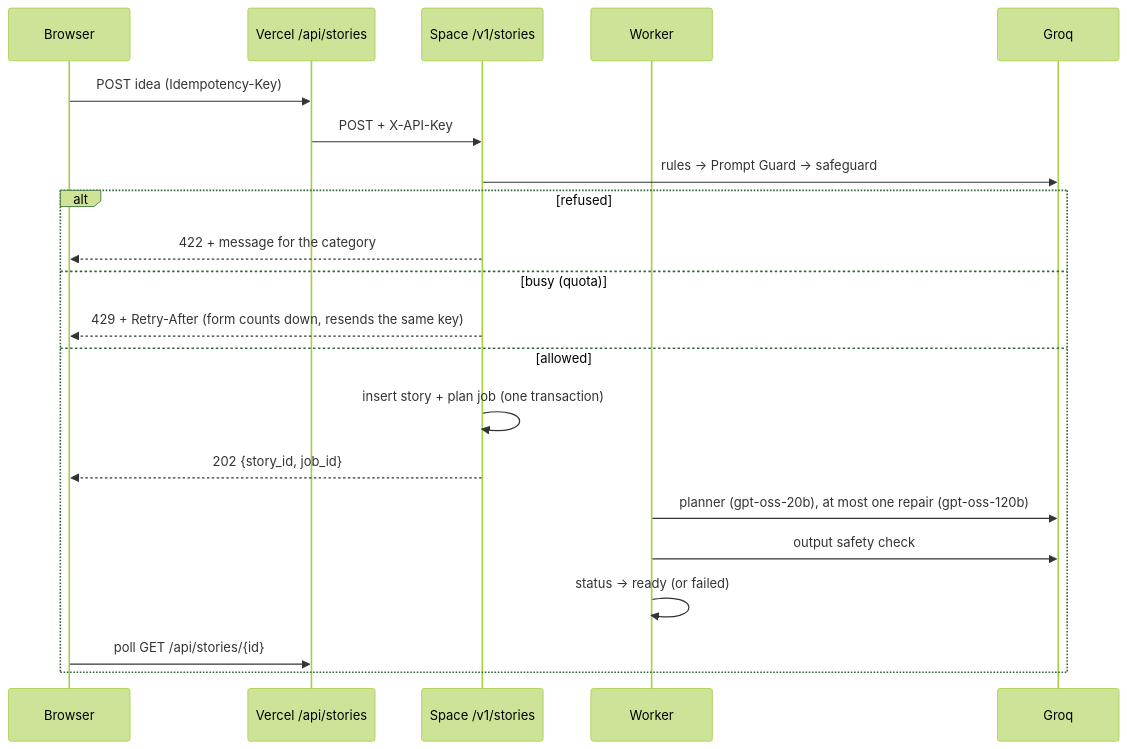
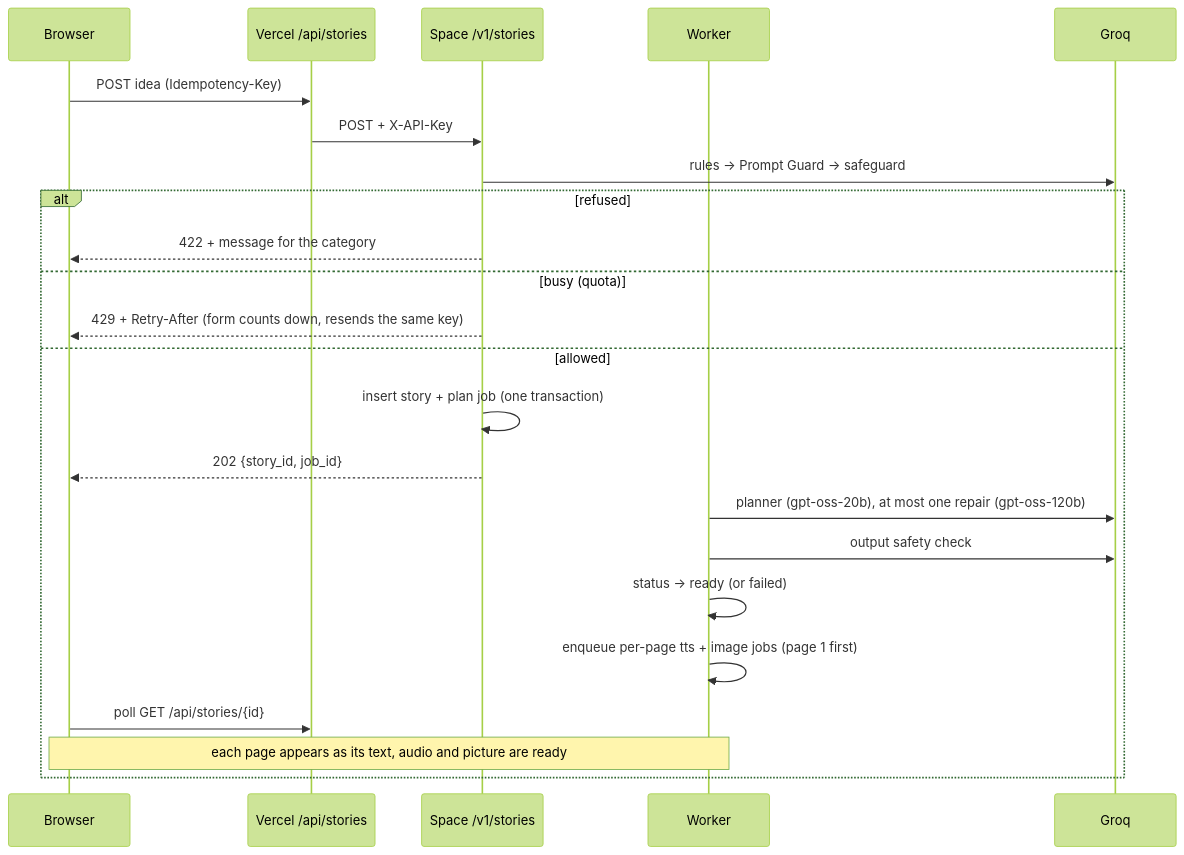
The second of 2 diagrams in README.md (anushkagaggar/storyweaver), drawn with Mermaid (forest theme) before and after one commit. The commit also changed other lines of this file and 1 other file, not shown here.

````diff
--- a/README.md
+++ b/README.md
@@ -155,23 +190,25 @@
 ```mermaid
 sequenceDiagram
     participant B as Browser
     participant V as Vercel /api/stories
     participant A as Space /v1/stories
     participant W as Worker
     participant G as Groq
     B->>V: POST idea (Idempotency-Key)
     V->>A: POST + X-API-Key
     A->>G: rules → Prompt Guard → safeguard
     alt refused
         A-->>B: 422 + message for the category
     else busy (quota)
         A-->>B: 429 + Retry-After (form counts down, resends the same key)
     else allowed
         A->>A: insert story + plan job (one transaction)
         A-->>B: 202 {story_id, job_id}
         W->>G: planner (gpt-oss-20b), at most one repair (gpt-oss-120b)
         W->>G: output safety check
         W->>W: status → ready (or failed)
+        W->>W: enqueue per-page tts + image jobs (page 1 first)
         B->>V: poll GET /api/stories/{id}
+        Note over B,W: each page appears as its text, audio and picture are ready
     end
 ```
````
